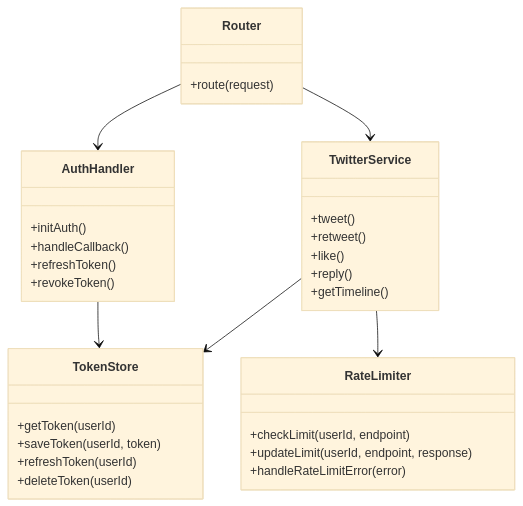
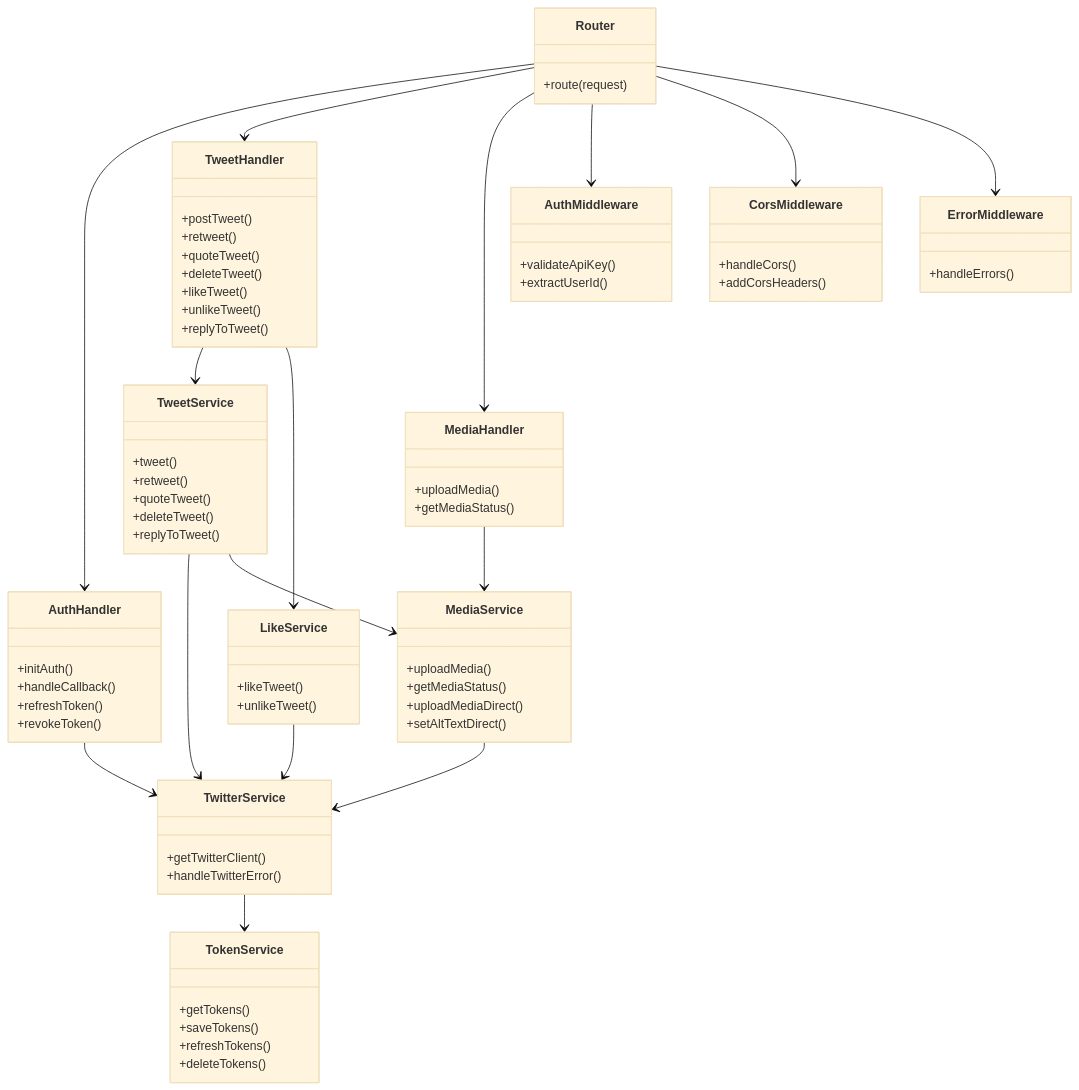
The eighth of 12 diagrams in memory-bank/systemPatterns.md (open-crosspost/open-crosspost-proxy-service), drawn with Mermaid (base theme) before and after one commit. The commit also changed other lines of this file and 11 other files, not shown here.

````diff
--- a/memory-bank/systemPatterns.md
+++ b/memory-bank/systemPatterns.md
@@ -112,30 +124,84 @@
         +revokeToken()
     }
     
+    class TweetHandler {
+        +postTweet()
+        +retweet()
+        +quoteTweet()
+        +deleteTweet()
+        +likeTweet()
+        +unlikeTweet()
+        +replyToTweet()
+    }
+    
+    class MediaHandler {
+        +uploadMedia()
+        +getMediaStatus()
+    }
+    
     class TwitterService {
+        +getTwitterClient()
+        +handleTwitterError()
+    }
+    
+    class TweetService {
         +tweet()
         +retweet()
-        +like()
-        +reply()
-        +getTimeline()
+        +quoteTweet()
+        +deleteTweet()
+        +replyToTweet()
     }
     
-    class TokenStore {
-        +getToken(userId)
-        +saveToken(userId, token)
-        +refreshToken(userId)
-        +deleteToken(userId)
+    class LikeService {
+        +likeTweet()
+        +unlikeTweet()
     }
     
-    class RateLimiter {
-        +checkLimit(userId, endpoint)
-        +updateLimit(userId, endpoint, response)
-        +handleRateLimitError(error)
+    class MediaService {
+        +uploadMedia()
+        +getMediaStatus()
+        +uploadMediaDirect()
+        +setAltTextDirect()
+    }
+    
+    class TokenService {
+        +getTokens()
+        +saveTokens()
+        +refreshTokens()
+        +deleteTokens()
+    }
+    
+    class AuthMiddleware {
+        +validateApiKey()
+        +extractUserId()
+    }
+    
+    class CorsMiddleware {
+        +handleCors()
+        +addCorsHeaders()
+    }
+    
+    class ErrorMiddleware {
+        +handleErrors()
     }
     
     Router --> AuthHandler
-    Router --> TwitterService
-    AuthHandler --> TokenStore
-    TwitterService --> TokenStore
-    TwitterService --> RateLimiter
+    Router --> TweetHandler
+    Router --> MediaHandler
+    
+    AuthHandler --> TwitterService
+    TweetHandler --> TweetService
+    TweetHandler --> LikeService
+    MediaHandler --> MediaService
+    
+    TweetService --> TwitterService
+    TweetService --> MediaService
+    LikeService --> TwitterService
+    MediaService --> TwitterService
+    
+    TwitterService --> TokenService
+    
+    Router --> AuthMiddleware
+    Router --> CorsMiddleware
+    Router --> ErrorMiddleware
 ```
````
